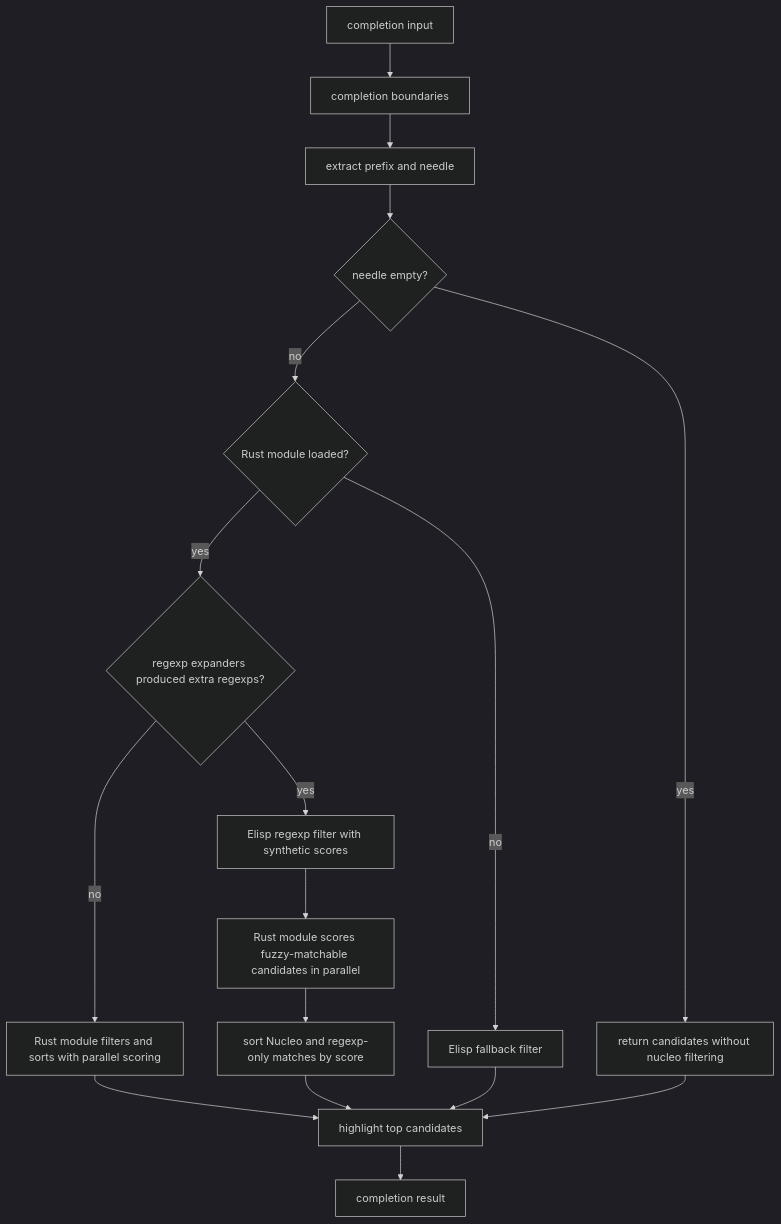
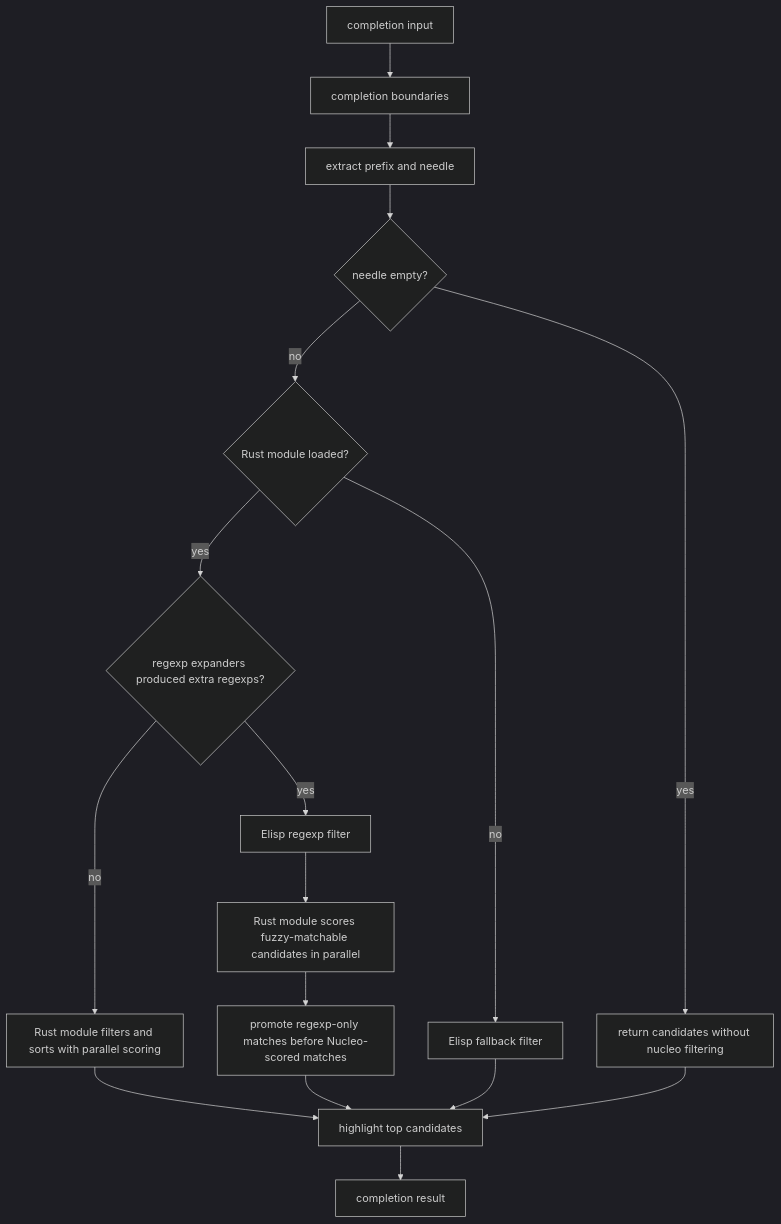
Before and after one commit to kn66/nucleo-completion.el: the diagram in spec/nucleo-completion.org, drawn with Mermaid (dark theme). The commit also changed other lines of this file and 5 other files, not shown here.

```diff
--- a/spec/nucleo-completion.org
+++ b/spec/nucleo-completion.org
@@ -109,19 +111,19 @@
 #+begin_src mermaid
   flowchart TD
       A[completion input] --> B[completion boundaries]
       B --> C[extract prefix and needle]
       C --> D{needle empty?}
       D -->|yes| E[return candidates without nucleo filtering]
       D -->|no| F{Rust module loaded?}
       F -->|yes| G{regexp expanders produced extra regexps?}
-      G -->|yes| H[Elisp regexp filter with synthetic scores]
+      G -->|yes| H[Elisp regexp filter]
       H --> I[Rust module scores fuzzy-matchable candidates in parallel]
-      I --> J[sort Nucleo and regexp-only matches by score]
+      I --> J[promote regexp-only matches before Nucleo-scored matches]
       G -->|no| K[Rust module filters and sorts with parallel scoring]
       F -->|no| L[Elisp fallback filter]
       K --> M[highlight top candidates]
       J --> M
       L --> M
       E --> M
       M --> N[completion result]
 #+end_src
```
